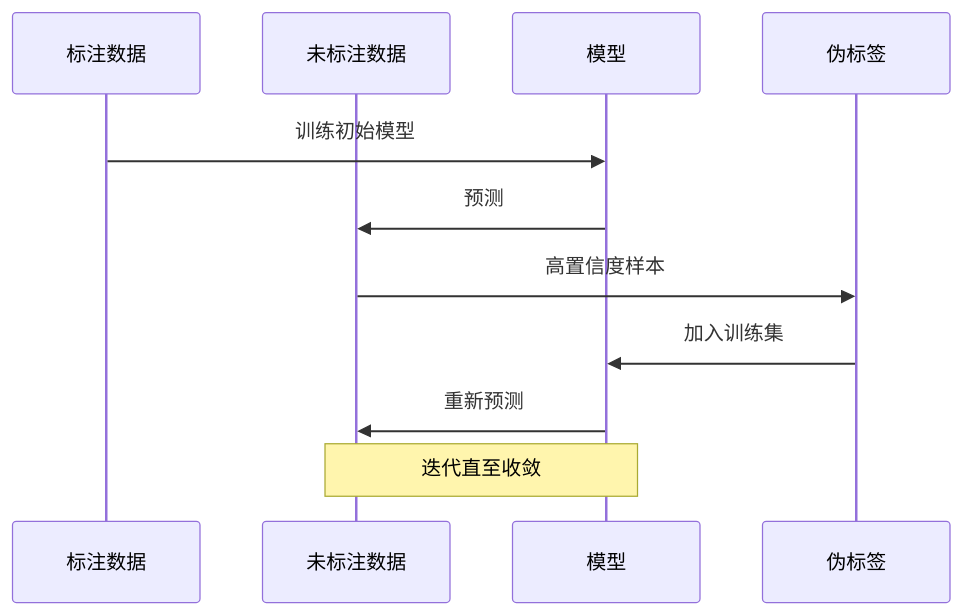
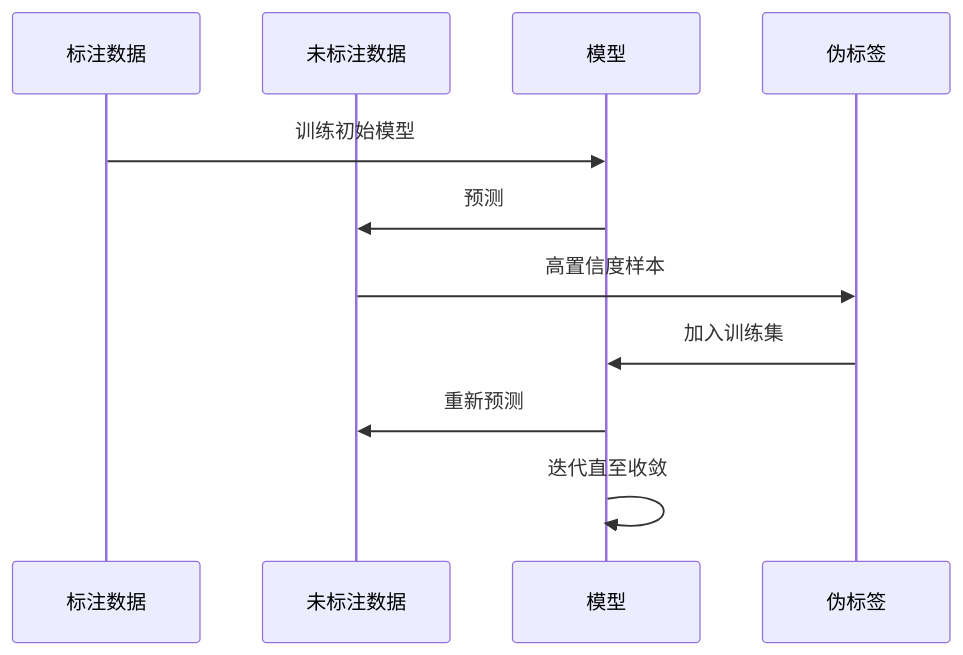
One commit to kane201x/ai changed the second of 5 diagrams in ai技术栈/00-机器学习基础/04-半监督与自监督.md. Above: the diagram before and after it, drawn with Mermaid. The commit also changed 17 other files, not shown here.

Commit message:
fix: 修复mermaid图中未引号包裹的括号和HTML标签导致的解析错误

````diff
--- a/ai技术栈/00-机器学习基础/04-半监督与自监督.md
+++ b/ai技术栈/00-机器学习基础/04-半监督与自监督.md
@@ -85,14 +85,14 @@
 ```mermaid
 sequenceDiagram
     participant L as 标注数据
     participant U as 未标注数据
     participant M as 模型
     participant P as 伪标签
 
     L->>M: 训练初始模型
     M->>U: 预测
     U->>P: 高置信度样本
     P->>M: 加入训练集
     M->>U: 重新预测
-    Note over M,U: 迭代直至收敛
+    M->>M: 迭代直至收敛
 ```
````
